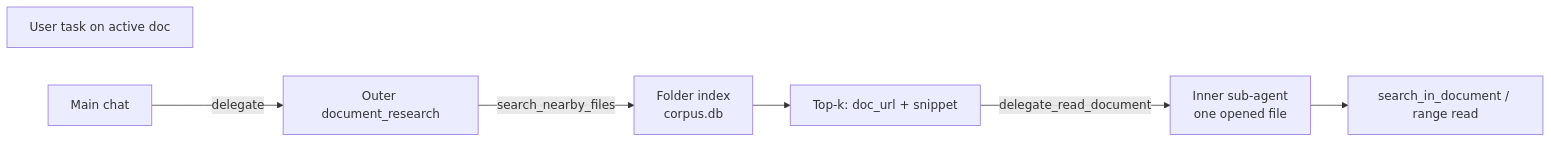
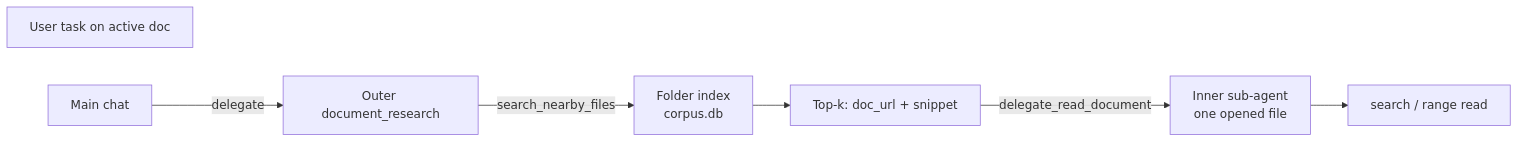
Before and after one commit to KeithCu/writeragent: the first of 3 diagrams in docs/embeddings.md, drawn with Mermaid. The commit also changed other lines of this file and 327 other files, not shown here.

````diff
--- a/docs/embeddings.md
+++ b/docs/embeddings.md
@@ -94,14 +94,14 @@
 ```mermaid
 flowchart LR
   User["User task on active doc"]
   Main[Main chat]
   Outer["Outer document_research"]
   Index["Folder index\ncorpus.db"]
   Hits["Top-k: doc_url + snippet"]
   Inner["Inner sub-agent\none opened file"]
-  Read["search_in_document / range read"]
+  Read["search / range read"]
   Main -->|"delegate"| Outer
   Outer -->|"search_nearby_files"| Index
   Index --> Hits
   Hits -->|"delegate_read_document"| Inner --> Read
 ```
````
